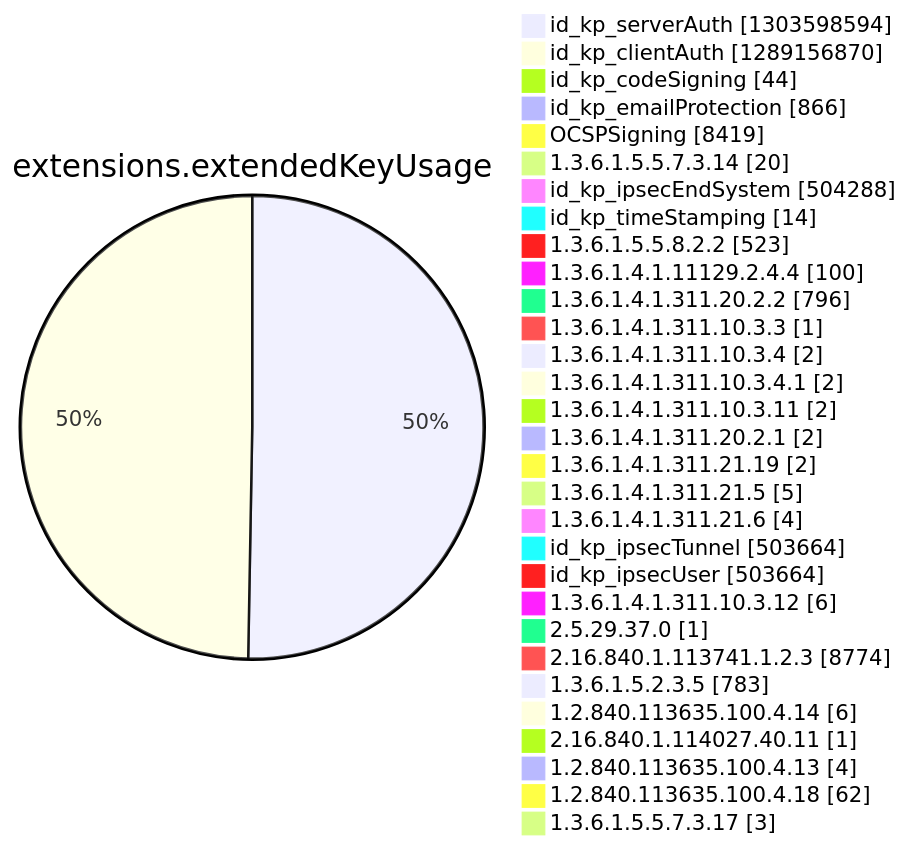
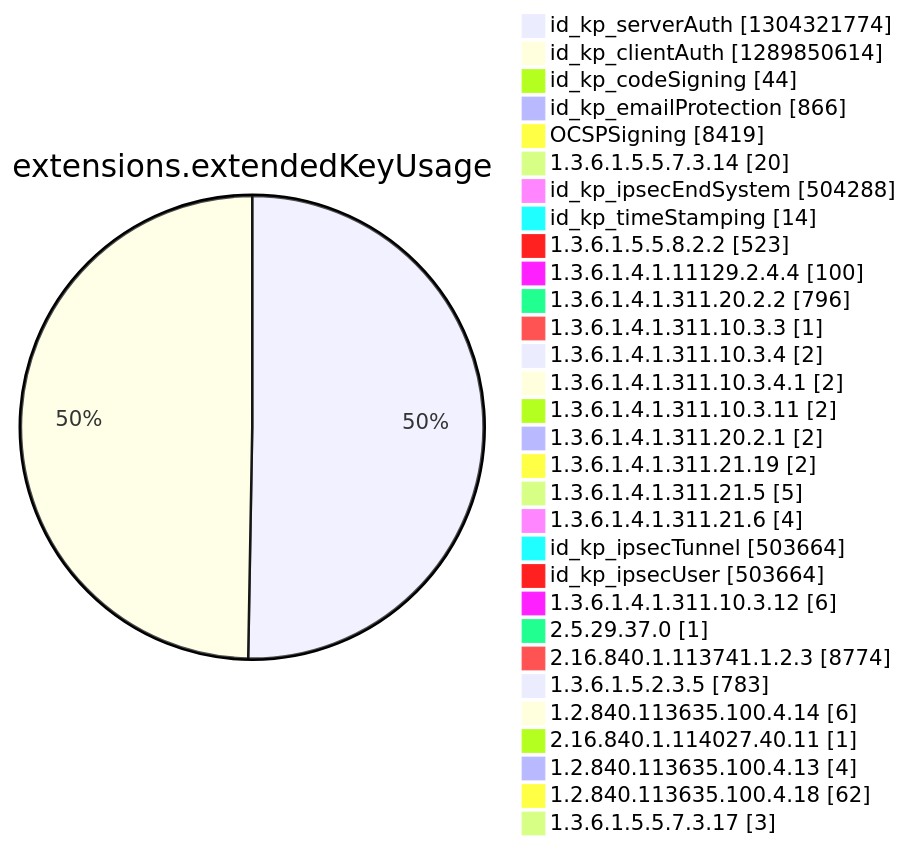
Before and after one commit to christiankrug/ctmonitor_visualization: diagram 12 of 15 in argon2022/README.md, drawn with Mermaid. The commit also changed other lines of this file, not shown here.

````diff
--- a/argon2022/README.md
+++ b/argon2022/README.md
@@ -3551,34 +3551,34 @@
 ```mermaid
 pie showData
 title extensions.extendedKeyUsage
-"id_kp_serverAuth" :1303598594
-"id_kp_clientAuth" :1289156870
+"id_kp_serverAuth" :1304321774
+"id_kp_clientAuth" :1289850614
 "id_kp_codeSigning" :44
 "id_kp_emailProtection" :866
 "OCSPSigning" :8419
 "1.3.6.1.5.5.7.3.14" :20
 "id_kp_ipsecEndSystem" :504288
 "id_kp_timeStamping" :14
 "1.3.6.1.5.5.8.2.2" :523
 "1.3.6.1.4.1.11129.2.4.4" :100
 "1.3.6.1.4.1.311.20.2.2" :796
 "1.3.6.1.4.1.311.10.3.3" :1
 "1.3.6.1.4.1.311.10.3.4" :2
 "1.3.6.1.4.1.311.10.3.4.1" :2
 "1.3.6.1.4.1.311.10.3.11" :2
 "1.3.6.1.4.1.311.20.2.1" :2
 "1.3.6.1.4.1.311.21.19" :2
 "1.3.6.1.4.1.311.21.5" :5
 "1.3.6.1.4.1.311.21.6" :4
 "id_kp_ipsecTunnel" :503664
 "id_kp_ipsecUser" :503664
 "1.3.6.1.4.1.311.10.3.12" :6
 "2.5.29.37.0" :1
 "2.16.840.1.113741.1.2.3" :8774
 "1.3.6.1.5.2.3.5" :783
 "1.2.840.113635.100.4.14" :6
 "2.16.840.1.114027.40.11" :1
 "1.2.840.113635.100.4.13" :4
 "1.2.840.113635.100.4.18" :62
 "1.3.6.1.5.5.7.3.17" :3
 ```
````
